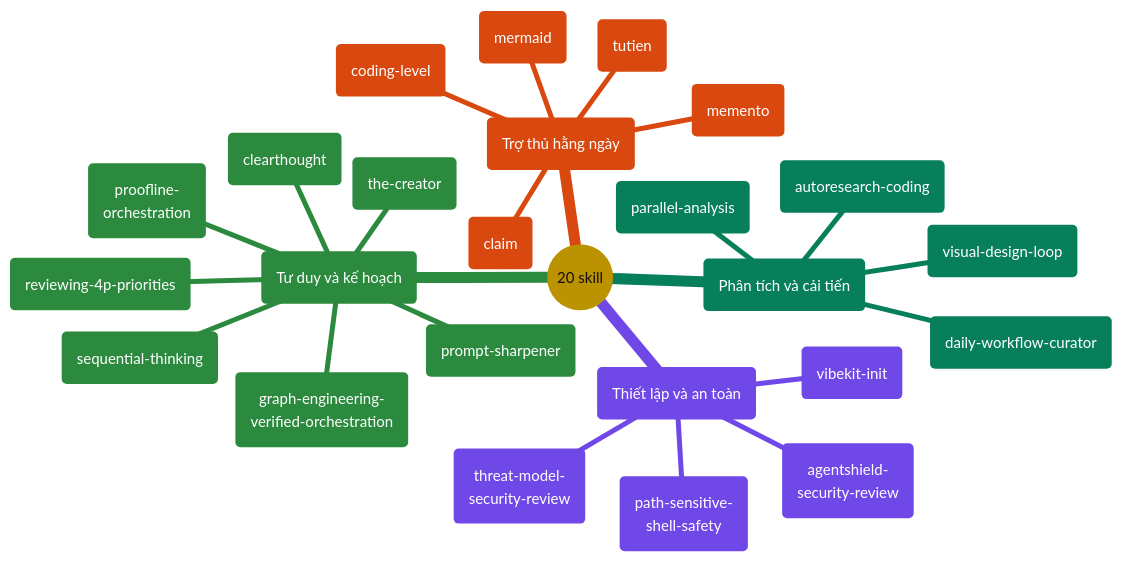
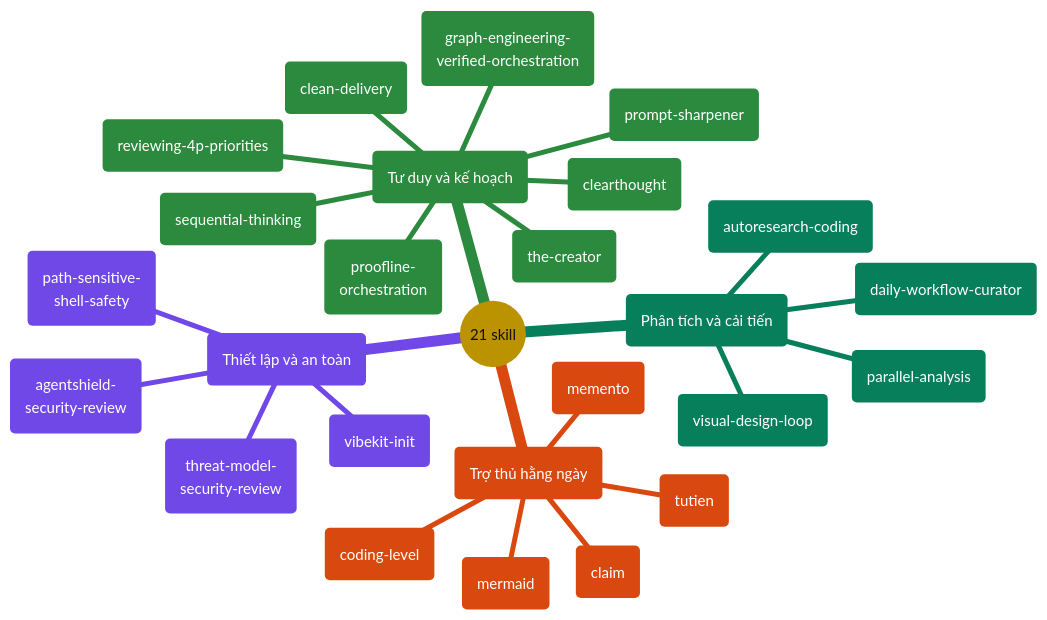
The fifth of 9 diagrams in docs/README.vi.md (giang6283623/minimal-vibe-coding-kit), drawn with Mermaid before and after one commit. The commit also changed other lines of this file and 130 other files, not shown here.

````diff
--- a/docs/README.vi.md
+++ b/docs/README.vi.md
@@ -347,61 +354,62 @@
 ```mermaid
 ---
 config:
   theme: base
   themeCSS: >-
     .mindmap-node:not(.section-root):not(.section--1) text,
     .mindmap-node:not(.section-root):not(.section--1) tspan
     { fill: #FFFFFF !important; }
     .mindmap-node:not(.section-root):not(.section--1) div,
     .mindmap-node:not(.section-root):not(.section--1) span,
     .mindmap-node:not(.section-root):not(.section--1) p
     { color: #FFFFFF !important; }
   themeVariables:
     darkMode: false
     fontFamily: cascadia mono, consolas, noto sans mono, menlo, monospace
     fontSize: 15px
     lineColor: "#888888"
     textColor: "#111111"
     primaryColor: "#FFD43B"
     primaryTextColor: "#111111"
     primaryBorderColor: "#444444"
     cScale0: "#1971C2"
     cScale1: "#7048E8"
     cScale2: "#2B8A3E"
     cScale3: "#087F5B"
     cScale4: "#D9480F"
     cScale5: "#C2255C"
     cScaleLabel0: "#FFFFFF"
     cScaleLabel1: "#FFFFFF"
     cScaleLabel2: "#FFFFFF"
     cScaleLabel3: "#FFFFFF"
     cScaleLabel4: "#FFFFFF"
     cScaleLabel5: "#FFFFFF"
 ---
 mindmap
-  root(("20 skill"))
+  root(("21 skill"))
     setup("Thiết lập và an toàn")
       s1("vibekit-init")
       s2("agentshield-<br/>security-review")
       s3("path-sensitive-<br/>shell-safety")
       s4("threat-model-<br/>security-review")
     think("Tư duy và kế hoạch")
       t1("clearthought")
       t2("sequential-thinking")
       t3("prompt-sharpener")
       t4("reviewing-4p-priorities")
       t5("graph-engineering-<br/>verified-orchestration")
       t6("the-creator")
       t7("proofline-<br/>orchestration")
+      t8("clean-delivery")
     analyze("Phân tích và cải tiến")
       a1("parallel-analysis")
       a2("autoresearch-coding")
       a3("daily-workflow-curator")
       a4("visual-design-loop")
     helpers("Trợ thủ hằng ngày")
       h1("memento")
       h2("coding-level")
       h3("mermaid")
       h4("claim")
       h5("tutien")
 ```
````
